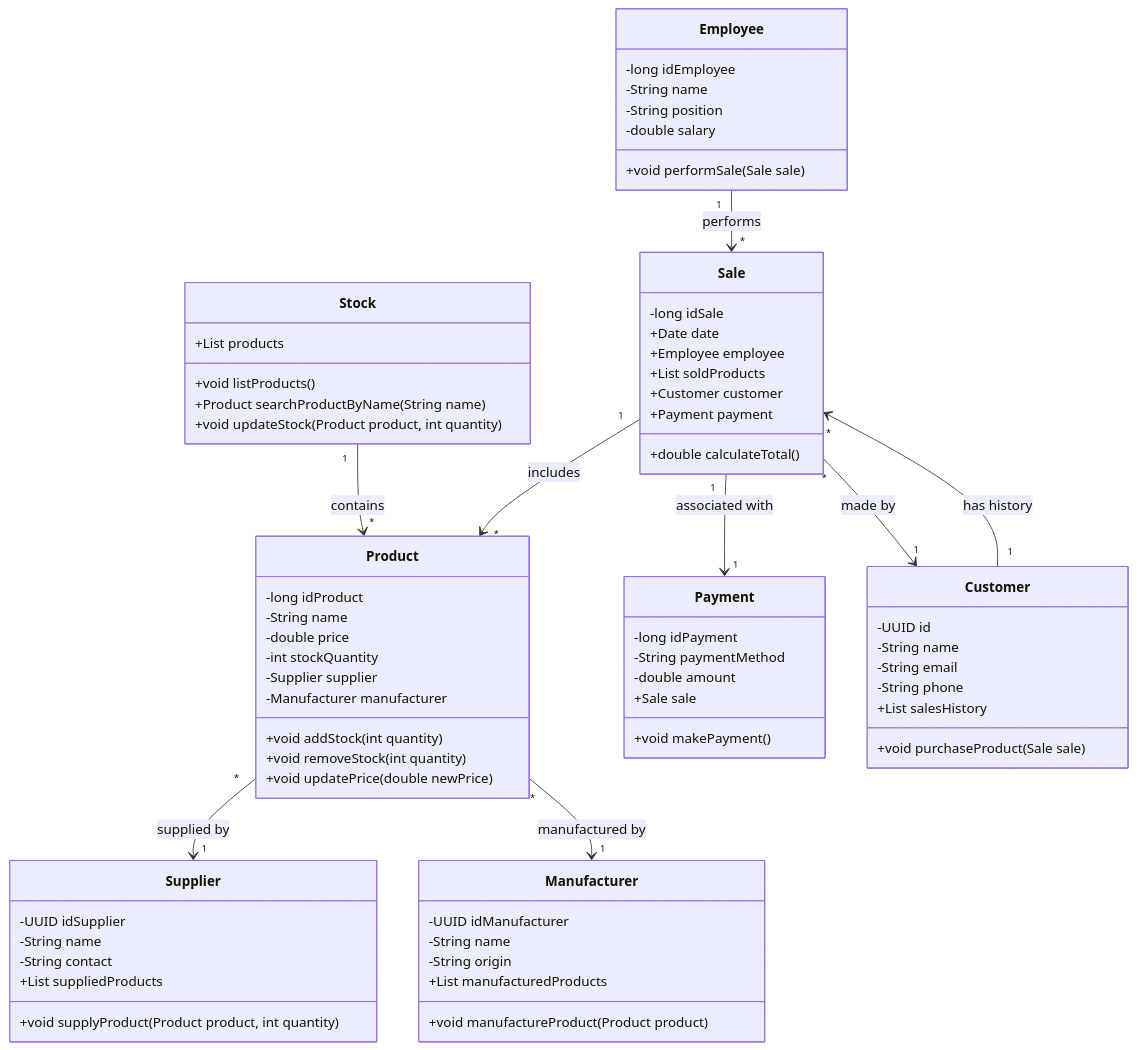
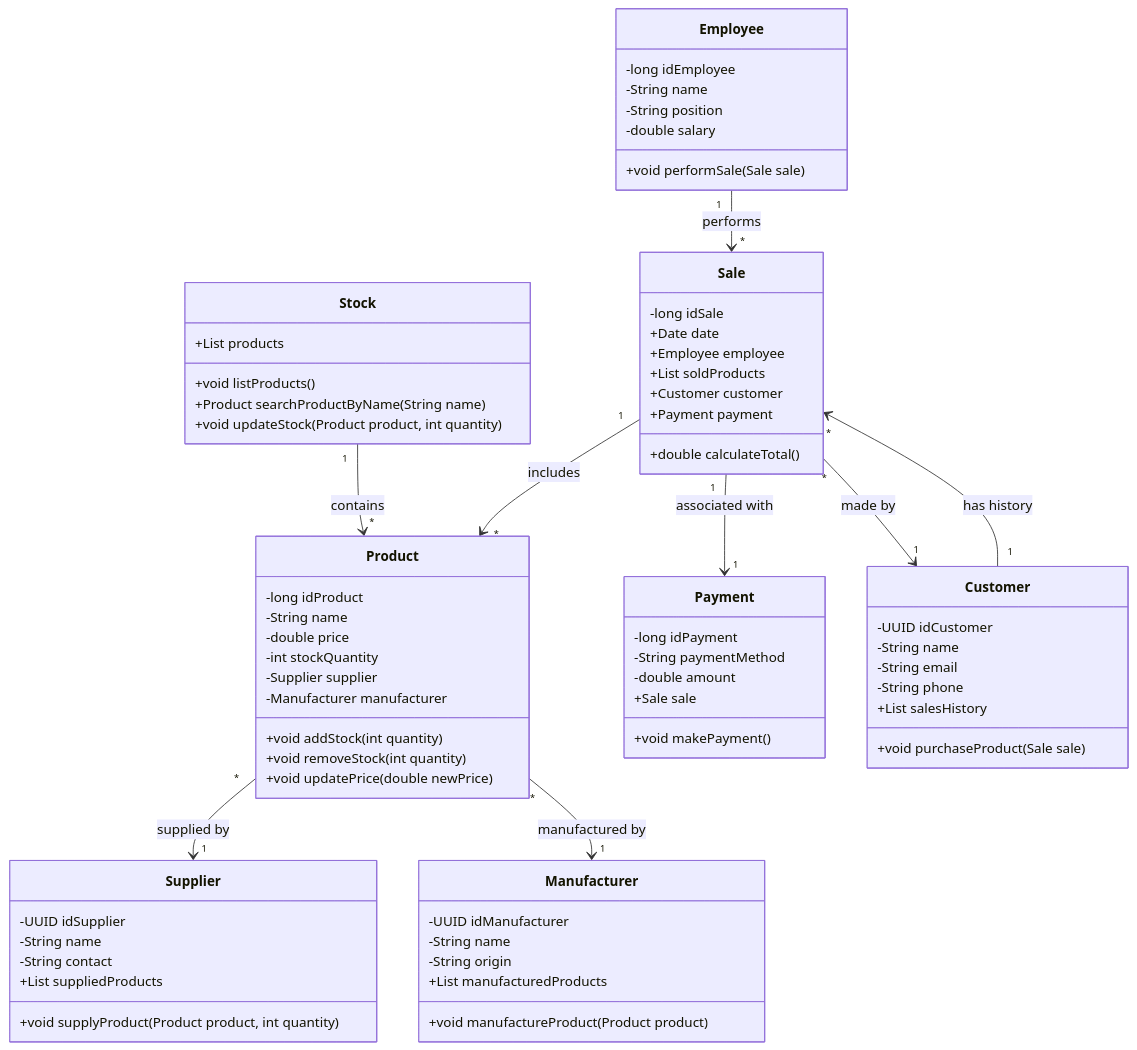
Before and after one commit to Manoel-DJS/Supplement_Stock: the diagram in README.md, drawn with Mermaid.

Commit message:
Update 03 README.md
English Diagram

````diff
--- a/README.md
+++ b/README.md
@@ -3,82 +3,82 @@
 ```mermaid
 classDiagram
     class Supplier {
         -UUID idSupplier
         -String name
         -String contact
         +List<Product> suppliedProducts
         +void supplyProduct(Product product, int quantity)
     }
 
     class Manufacturer {
         -UUID idManufacturer
         -String name
         -String origin
         +List<Product> manufacturedProducts
         +void manufactureProduct(Product product)
     }
 
     class Product {
         -long idProduct
         -String name
         -double price
         -int stockQuantity
         -Supplier supplier
         -Manufacturer manufacturer
         +void addStock(int quantity)
         +void removeStock(int quantity)
         +void updatePrice(double newPrice)
     }
 
     class Stock {
         +List<Product> products
         +void listProducts()
         +Product searchProductByName(String name)
         +void updateStock(Product product, int quantity)
     }
 
     class Employee {
         -long idEmployee
         -String name
         -String position
         -double salary
         +void performSale(Sale sale)
     }
 
     class Sale {
         -long idSale
         +Date date
         +Employee employee
         +List<Product> soldProducts
         +Customer customer
         +Payment payment
         +double calculateTotal()
     }
 
     class Payment {
         -long idPayment
         -String paymentMethod
         -double amount
         +Sale sale
         +void makePayment()
     }
 
     class Customer {
-        -UUID id
+        -UUID idCustomer
         -String name
         -String email
         -String phone
         +List<Sale> salesHistory
         +void purchaseProduct(Sale sale)
     }
 
     Product "*" --> "1" Supplier : supplied by
     Product "*" --> "1" Manufacturer : manufactured by
     Stock "1" --> "*" Product : contains
     Sale "1" --> "*" Product : includes
     Employee "1" --> "*" Sale : performs
     Sale "1" --> "1" Payment : associated with
     Sale "*" --> "1" Customer : made by
     Customer "1" --> "*" Sale : has history
 
 ```
````
